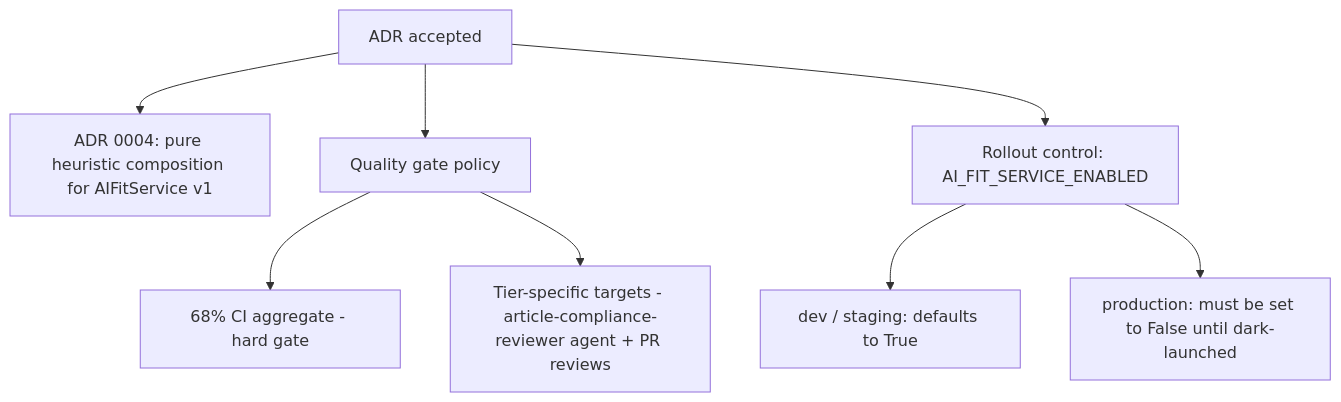
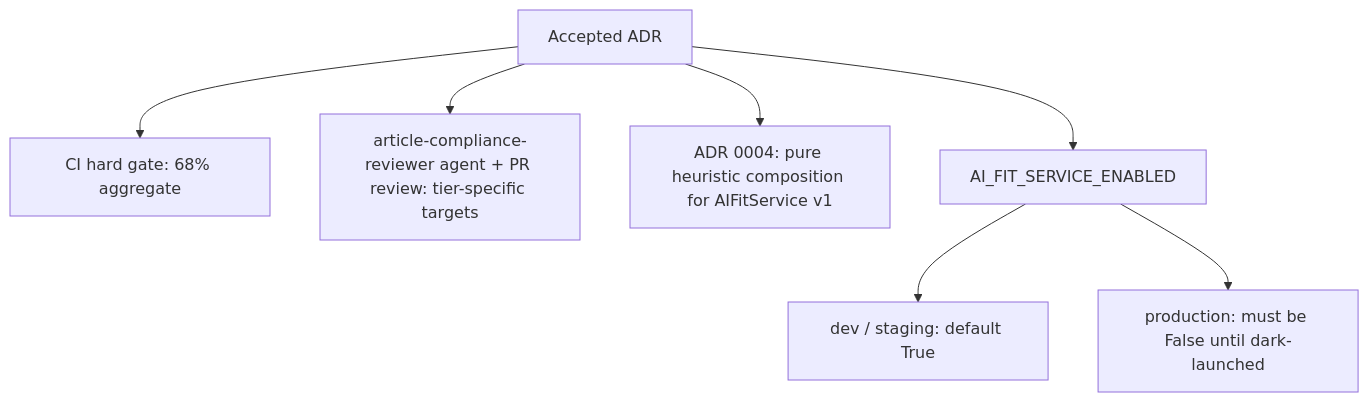
The diagram in wiki/topics/accepted-adrs.md (hybridindie/wiki-fabric), drawn with Mermaid before and after one commit. The commit also changed other lines of this file and 43 other files, not shown here.

````diff
--- a/wiki/topics/accepted-adrs.md
+++ b/wiki/topics/accepted-adrs.md
@@ -28,10 +28,9 @@
 ```mermaid
 flowchart TD
-    A[ADR accepted] --> B["ADR 0004: pure heuristic composition for AIFitService v1"]
-    A --> C[Quality gate policy]
-    C --> D["68% CI aggregate - hard gate"]
-    C --> E["Tier-specific targets - article-compliance-reviewer agent + PR reviews"]
-    A --> F["Rollout control: AI_FIT_SERVICE_ENABLED"]
-    F --> G["dev / staging: defaults to True"]
-    F --> H["production: must be set to False until dark-launched"]
+    A[Accepted ADR] --> B[CI hard gate: 68% aggregate]
+    A --> C[article-compliance-reviewer agent + PR review: tier-specific targets]
+    A --> D[ADR 0004: pure heuristic composition for AIFitService v1]
+    A --> E[AI_FIT_SERVICE_ENABLED]
+    E --> F[dev / staging: default True]
+    E --> G[production: must be False until dark-launched]
 ```
````
